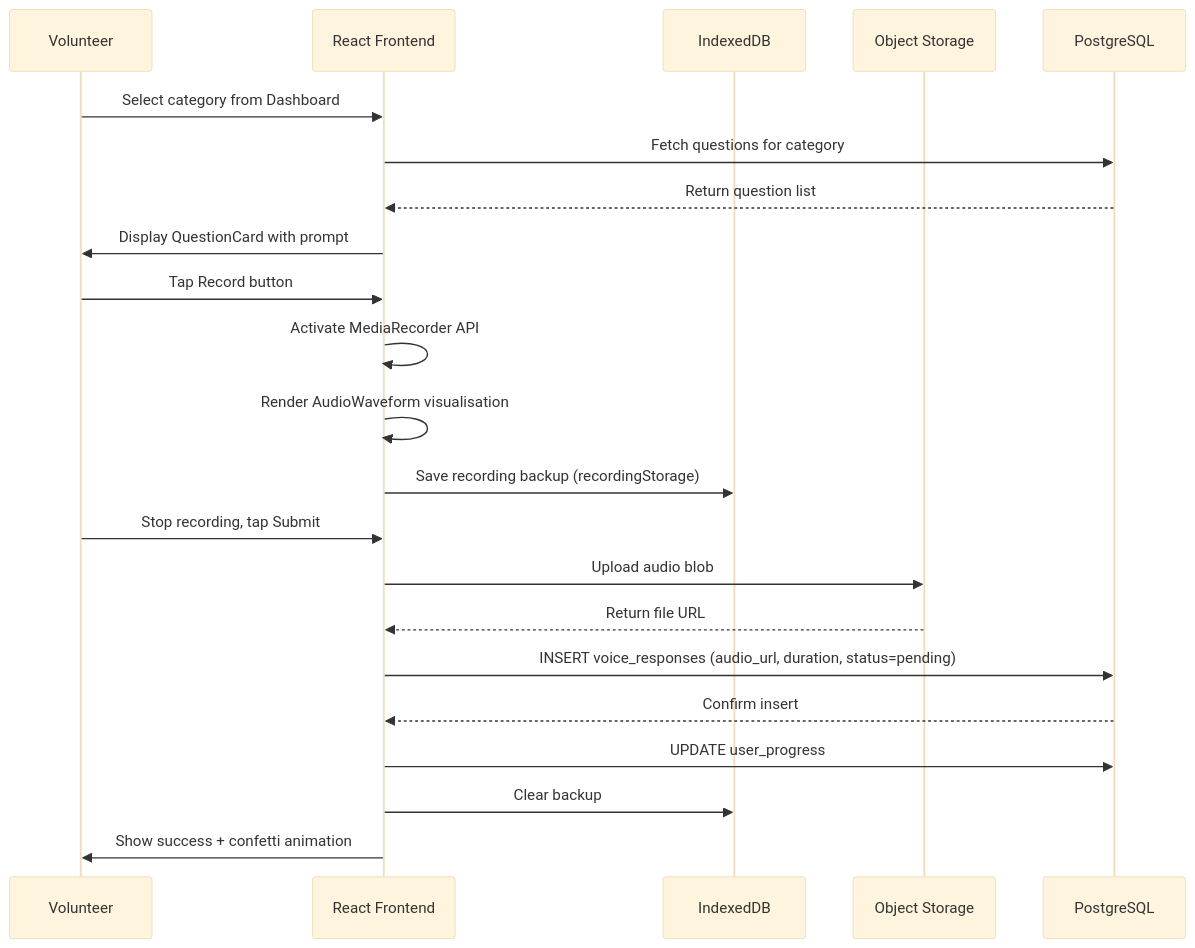
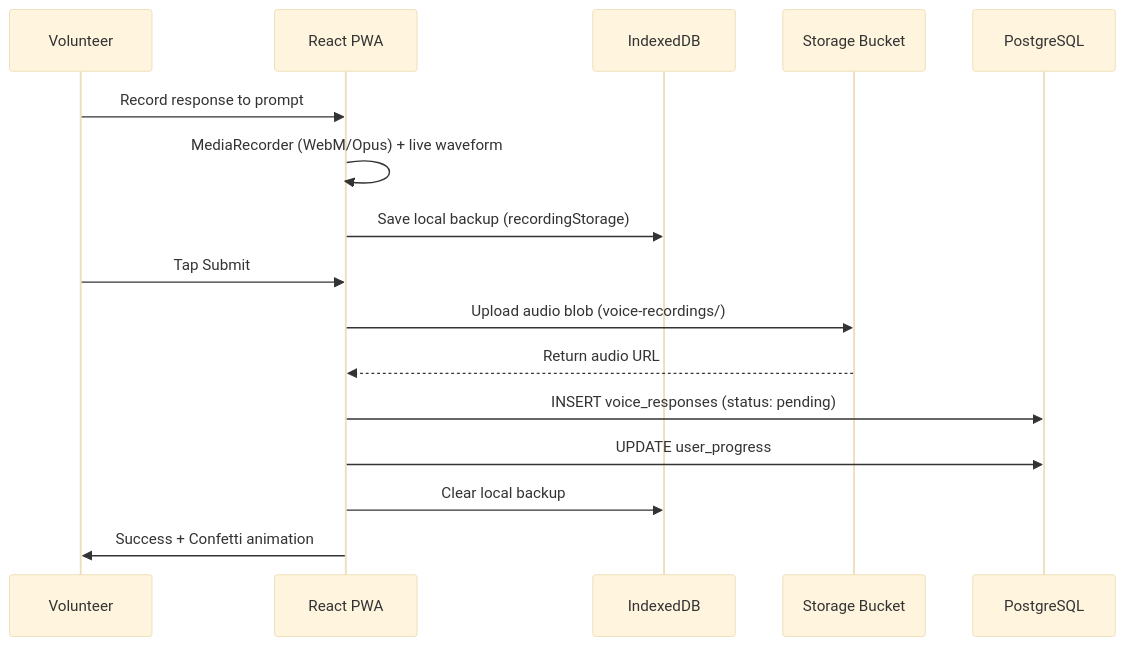
Before and after one commit to DeKUT-DSAIL/JasinaHub: the third of 7 diagrams in README.md, drawn with Mermaid (base theme). The commit also changed other lines of this file and 2 other files, not shown here.

````diff
--- a/README.md
+++ b/README.md
@@ -263,25 +276,19 @@
 ```mermaid
 sequenceDiagram
   participant Vol as Volunteer
-  participant UI as React Frontend
+  participant UI as React PWA
   participant IDB as IndexedDB
-  participant Store as Object Storage
+  participant Store as Storage Bucket
   participant DB as PostgreSQL
 
-  Vol->>UI: Select category from Dashboard
-  UI->>DB: Fetch questions for category
-  DB-->>UI: Return question list
-  UI->>Vol: Display QuestionCard with prompt
-  Vol->>UI: Tap Record button
-  UI->>UI: Activate MediaRecorder API
-  UI->>UI: Render AudioWaveform visualisation
-  UI->>IDB: Save recording backup (recordingStorage)
-  Vol->>UI: Stop recording, tap Submit
-  UI->>Store: Upload audio blob
-  Store-->>UI: Return file URL
-  UI->>DB: INSERT voice_responses (audio_url, duration, status=pending)
-  DB-->>UI: Confirm insert
+  Vol->>UI: Record response to prompt
+  UI->>UI: MediaRecorder (WebM/Opus) + live waveform
+  UI->>IDB: Save local backup (recordingStorage)
+  Vol->>UI: Tap Submit
+  UI->>Store: Upload audio blob (voice-recordings/)
+  Store-->>UI: Return audio URL
+  UI->>DB: INSERT voice_responses (status: pending)
   UI->>DB: UPDATE user_progress
-  UI->>IDB: Clear backup
-  UI->>Vol: Show success + confetti animation
+  UI->>IDB: Clear local backup
+  UI->>Vol: Success + Confetti animation
 ```
````
